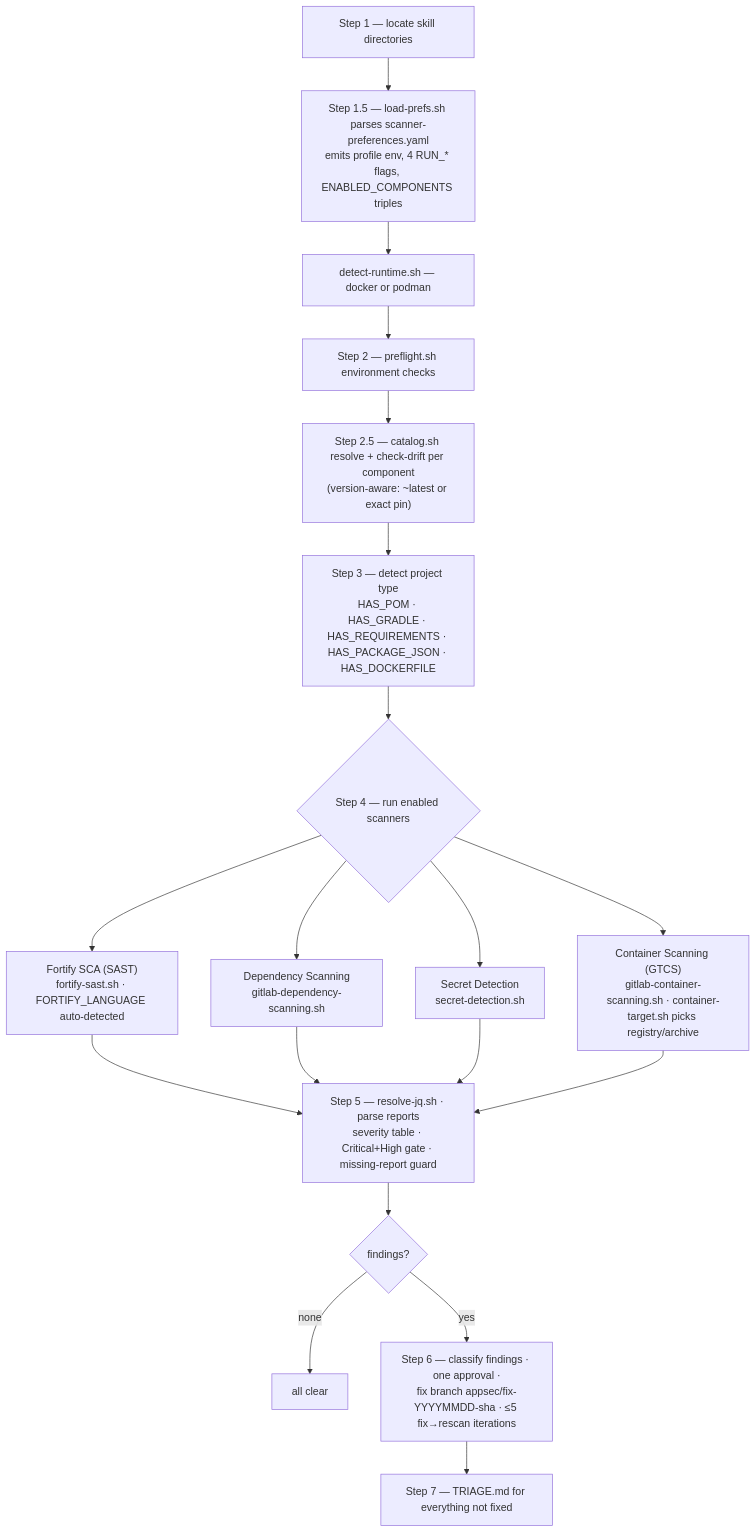
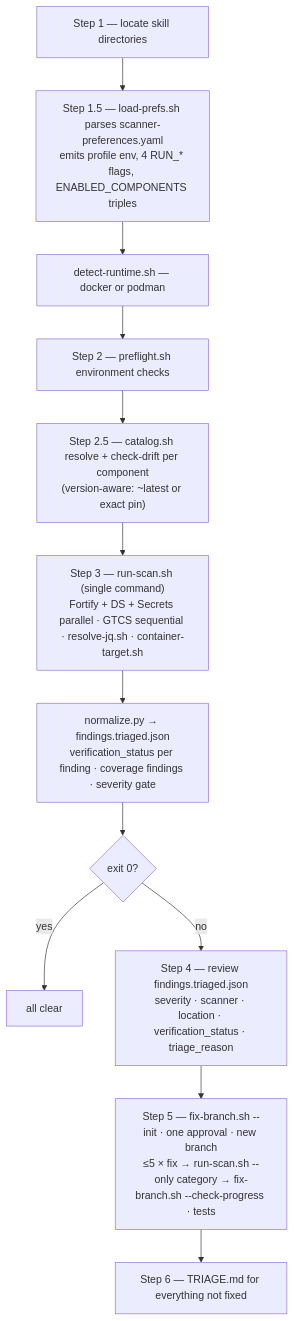
The first of 3 diagrams in plugins/appsec/skills/appsec-scan/README.md (xotong/claude-marketplace), drawn with Mermaid before and after one commit. The commit also changed other lines of this file and 19 other files, not shown here.

First line of the commit message:
feat(appsec): appsec-scan v3.1 wave 1 — run-scan.sh orchestrator, findings pipeline, docs

````diff
--- a/plugins/appsec/skills/appsec-scan/README.md
+++ b/plugins/appsec/skills/appsec-scan/README.md
@@ -35,21 +35,14 @@
 ```mermaid
 flowchart TD
     S1["Step 1 — locate skill directories"] --> S15["Step 1.5 — load-prefs.sh parses scanner-preferences.yaml<br/>emits profile env, 4 RUN_* flags, ENABLED_COMPONENTS triples"]
     S15 --> RT["detect-runtime.sh — docker or podman"]
     RT --> S2["Step 2 — preflight.sh environment checks"]
     S2 --> S25["Step 2.5 — catalog.sh resolve + check-drift per component<br/>(version-aware: ~latest or exact pin)"]
-    S25 --> S3["Step 3 — detect project type<br/>HAS_POM · HAS_GRADLE · HAS_REQUIREMENTS · HAS_PACKAGE_JSON · HAS_DOCKERFILE"]
-    S3 --> RUN{"Step 4 — run enabled scanners"}
-    RUN --> F["Fortify SCA (SAST)<br/>fortify-sast.sh · FORTIFY_LANGUAGE auto-detected"]
-    RUN --> D["Dependency Scanning<br/>gitlab-dependency-scanning.sh"]
-    RUN --> SD["Secret Detection<br/>secret-detection.sh"]
-    RUN --> C["Container Scanning (GTCS)<br/>gitlab-container-scanning.sh · container-target.sh picks registry/archive"]
-    F --> S5
-    D --> S5
-    SD --> S5
-    C --> S5["Step 5 — resolve-jq.sh · parse reports<br/>severity table · Critical+High gate · missing-report guard"]
-    S5 --> Q{"findings?"}
-    Q -->|"none"| DONE["all clear"]
-    Q -->|"yes"| S6["Step 6 — classify findings · one approval ·<br/>fix branch appsec/fix-YYYYMMDD-sha · ≤5 fix→rescan iterations"]
-    S6 --> S7["Step 7 — TRIAGE.md for everything not fixed"]
+    S25 --> S3["Step 3 — run-scan.sh (single command)<br/>Fortify + DS + Secrets parallel · GTCS sequential · resolve-jq.sh · container-target.sh"]
+    S3 --> NP["normalize.py → findings.triaged.json<br/>verification_status per finding · coverage findings · severity gate"]
+    NP --> Q{"exit 0?"}
+    Q -->|"yes"| DONE["all clear"]
+    Q -->|"no"| S4["Step 4 — review findings.triaged.json<br/>severity · scanner · location · verification_status · triage_reason"]
+    S4 --> S5["Step 5 — fix-branch.sh --init · one approval · new branch<br/>≤5 × fix → run-scan.sh --only category → fix-branch.sh --check-progress · tests"]
+    S5 --> S6["Step 6 — TRIAGE.md for everything not fixed"]
 ```
````
